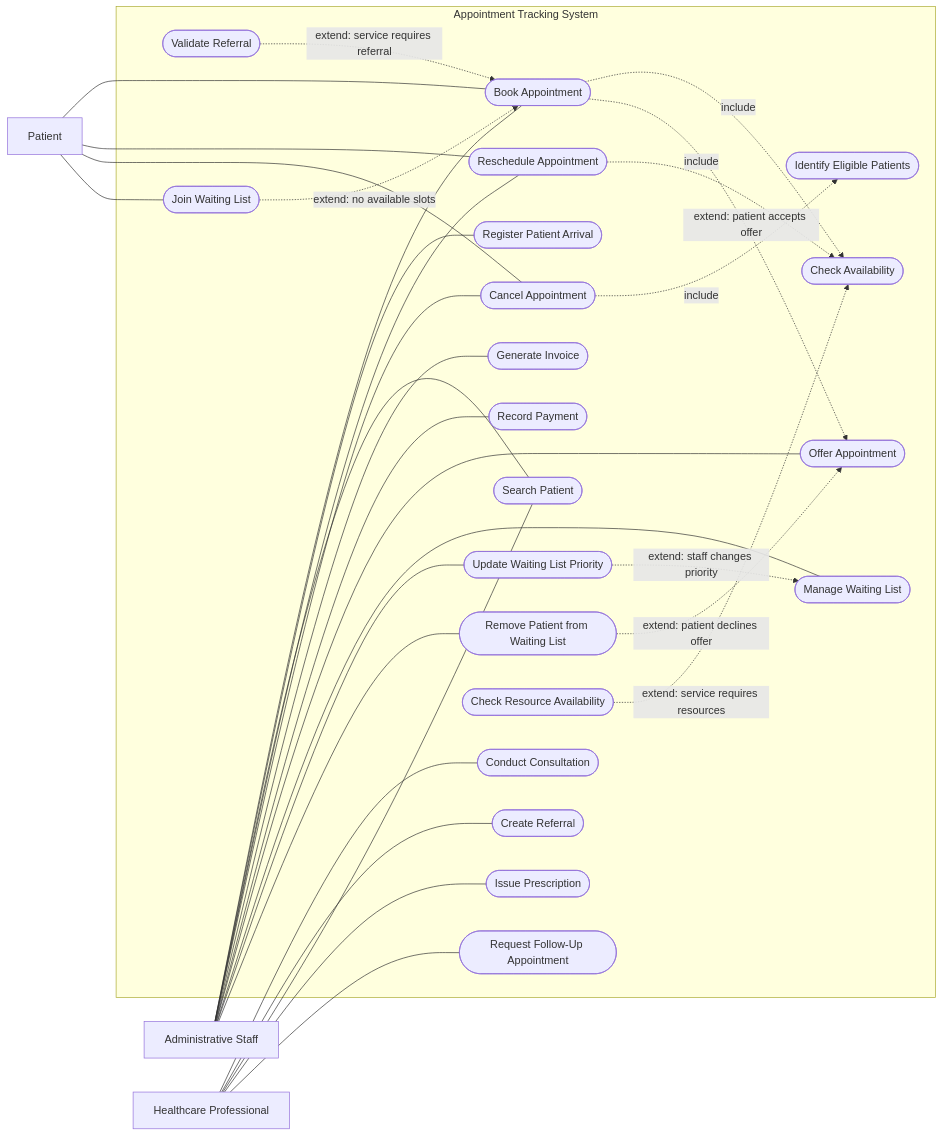
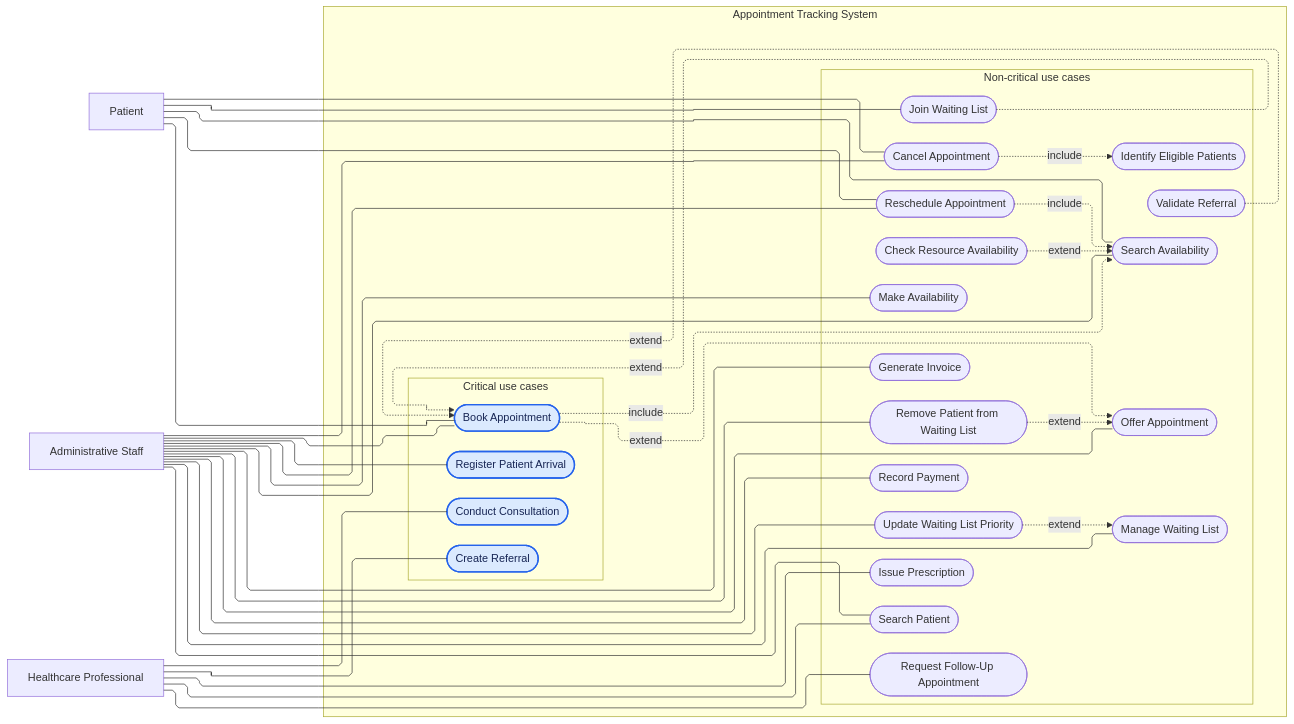
The diagram in docs/Use_Case_Model/Use_Case_Model.md (paul-sans-l/SOEN342_F26_PROJECT), drawn with Mermaid before and after one commit. The commit also changed other lines of this file and 2 other files, not shown here.

Commit message:
Update Iteration II use-case model and Mermaid diagram

````diff
--- a/docs/Use_Case_Model/Use_Case_Model.md
+++ b/docs/Use_Case_Model/Use_Case_Model.md
@@ -162,70 +7,63 @@
 ```mermaid
+---
+config:
+  layout: elk
+  elk:
+    mergeEdges: false
+  flowchart:
+    curve: linear
+---
+
 flowchart LR
+    patient["Patient"]
+    staff["Administrative Staff"]
+    professional["Healthcare Professional"]
 
-    Patient["Patient"]
-    Staff["Administrative Staff"]
-    HCP["Healthcare Professional"]
+    subgraph system["Appointment Tracking System"]
+        subgraph critical["Critical use cases"]
+            book(["Book Appointment"])
+            arrival(["Register Patient Arrival"])
+            consultation(["Conduct Consultation"])
+            referral(["Create Referral"])
+        end
 
-    subgraph ATS["Appointment Tracking System"]
-        Book(["Book Appointment"])
-        Arrival(["Register Patient Arrival"])
-        Consult(["Conduct Consultation"])
-        Referral(["Create Referral"])
-
-        Search(["Search Patient"])
-        Reschedule(["Reschedule Appointment"])
-        Cancel(["Cancel Appointment"])
-        Prescription(["Issue Prescription"])
-        FollowUp(["Request Follow-Up Appointment"])
-        Invoice(["Generate Invoice"])
-        Payment(["Record Payment"])
-
-        Availability(["Check Availability"])
-        Validate(["Validate Referral"])
-        Resources(["Check Resource Availability"])
-
-        JoinWait(["Join Waiting List"])
-        Offer(["Offer Appointment"])
-        ManageWait(["Manage Waiting List"])
-        Priority(["Update Waiting List Priority"])
-        Identify(["Identify Eligible Patients"])
-        Remove(["Remove Patient from Waiting List"])
+        subgraph supporting["Non-critical use cases"]
+            searchAvailability(["Search Availability"])
+            makeAvailability(["Make Availability"])
+            reschedule(["Reschedule Appointment"])
+            cancel(["Cancel Appointment"])
+            checkResources(["Check Resource Availability"])
+            validateReferral(["Validate Referral"])
+            joinWaitlist(["Join Waiting List"])
+            identifyEligible(["Identify Eligible Patients"])
+            offer(["Offer Appointment"])
+            manageWaitlist(["Manage Waiting List"])
+            changePriority(["Update Waiting List Priority"])
+            removeWaitlist(["Remove Patient from Waiting List"])
+            searchPatient(["Search Patient"])
+            prescription(["Issue Prescription"])
+            followUp(["Request Follow-Up Appointment"])
+            invoice(["Generate Invoice"])
+            payment(["Record Payment"])
+        end
     end
 
-    Patient --- Book
-    Patient --- Reschedule
-    Patient --- Cancel
-    Patient --- JoinWait
+    patient --- book & searchAvailability & reschedule & cancel & joinWaitlist
+    staff --- book & arrival & searchAvailability & makeAvailability & reschedule & cancel
+    staff --- offer & manageWaitlist & changePriority & removeWaitlist
+    staff --- searchPatient & invoice & payment
+    professional --- consultation & referral & searchPatient & prescription & followUp
 
-    Staff --- Book
-    Staff --- Arrival
-    Staff --- Search
-    Staff --- Reschedule
-    Staff --- Cancel
-    Staff --- Invoice
-    Staff --- Payment
-    Staff --- Offer
-    Staff --- ManageWait
-    Staff --- Priority
-    Staff --- Remove
+    book -.->|include| searchAvailability
+    reschedule -.->|include| searchAvailability
+    cancel -.->|include| identifyEligible
+    checkResources -.->|extend| searchAvailability
+    validateReferral -.->|extend| book
+    joinWaitlist -.->|extend| book
+    book -.->|extend| offer
+    removeWaitlist -.->|extend| offer
+    changePriority -.->|extend| manageWaitlist
 
-    HCP --- Consult
-    HCP --- Referral
-    HCP --- Search
-    HCP --- Prescription
-    HCP --- FollowUp
-
-    Book -.->|include| Availability
-    Reschedule -.->|include| Availability
-    Resources -.->|extend: service requires resources| Availability
-
-    Validate -.->|extend: service requires referral| Book
-
-    JoinWait -.->|extend: no available slots| Book
-
-    Cancel -.->|include| Identify
-    Book -.->|extend: patient accepts offer| Offer
-    Remove -.->|extend: patient declines offer| Offer
-
-    Priority -.->|extend: staff changes priority| ManageWait
+    classDef criticalCase fill:#dbeafe,stroke:#2563eb,color:#172554,stroke-width:2px;
+    class book,arrival,consultation,referral criticalCase;
 ```
````
